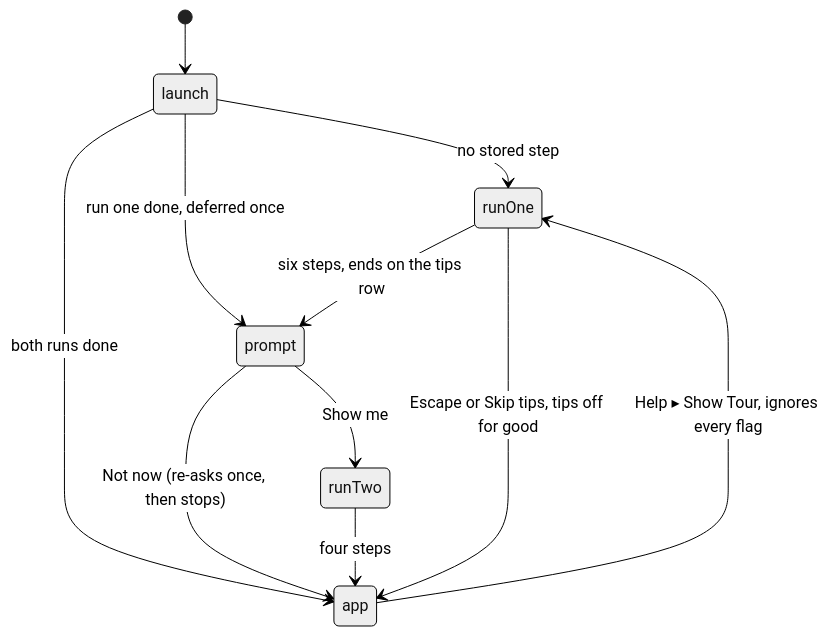
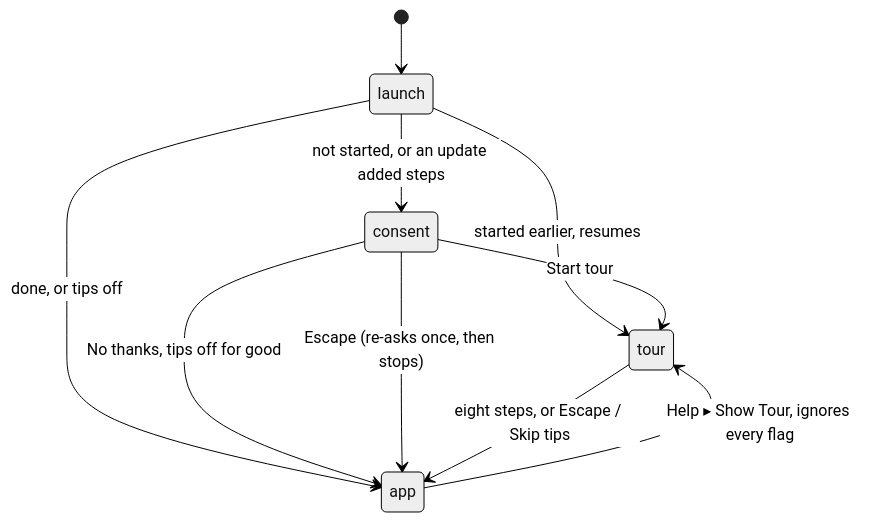
The seventh of 12 diagrams in docs/roadmap.md (mindaugaskasp/diff-bro), drawn with Mermaid (neutral theme) before and after one commit. The commit also changed other lines of this file and 43 other files, not shown here.

First line of the commit message:
improvement(tour): ask before the tour, cut it to eight steps (#68)

````diff
--- a/docs/roadmap.md
+++ b/docs/roadmap.md
@@ -253,13 +253,12 @@
 ```mermaid
 stateDiagram-v2
   [*] --> launch
-  launch --> runOne: no stored step
-  launch --> app: both runs done
-  launch --> prompt: run one done, deferred once
-  runOne --> prompt: six steps, ends on the tips row
-  prompt --> runTwo: Show me
-  prompt --> app: Not now (re-asks once, then stops)
-  runTwo --> app: four steps
-  runOne --> app: Escape or Skip tips, tips off for good
-  app --> runOne: Help ▸ Show Tour, ignores every flag
+  launch --> consent: not started, or an update added steps
+  launch --> tour: started earlier, resumes
+  launch --> app: done, or tips off
+  consent --> tour: Start tour
+  consent --> app: No thanks, tips off for good
+  consent --> app: Escape (re-asks once, then stops)
+  tour --> app: eight steps, or Escape / Skip tips
+  app --> tour: Help ▸ Show Tour, ignores every flag
 ```
````
